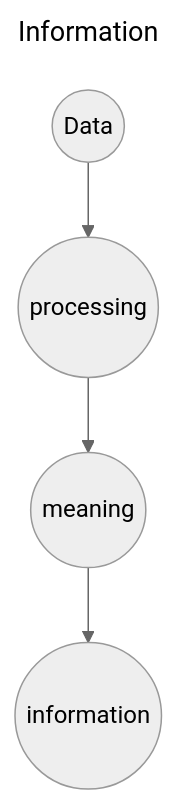
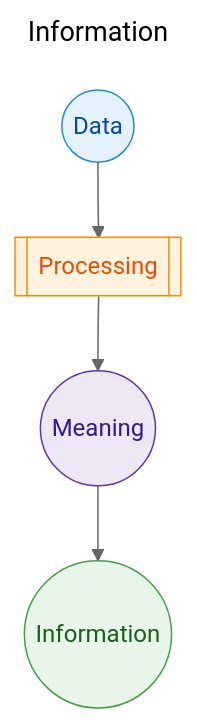
One commit to UjjwalSharma01/Core-Subjects changed the first of 2 diagrams in DBMS/Notes/01 Lec 1/Personal Notes.md. Above: the diagram before and after it, drawn with Mermaid (neutral theme). The commit also changed other lines of this file, not shown here.

````diff
--- a/DBMS/Notes/01 Lec 1/Personal Notes.md
+++ b/DBMS/Notes/01 Lec 1/Personal Notes.md
@@ -26,7 +21,17 @@
 ```mermaid
 ---
 title: Information
 ---
-flowchart TD;
-a((Data)) --> b((processing)) -->d((meaning)) --> c((information)) 
+flowchart TD
+    A((Data)) --> B[[Processing]]
+    B --> C((Meaning))
+    C --> D((Information))
+    classDef data fill:#e3f2fd,stroke:#1e88e5,color:#0d47a1
+    classDef proc fill:#fff3e0,stroke:#fb8c00,color:#e65100
+    classDef meaning fill:#ede7f6,stroke:#5e35b1,color:#311b92
+    classDef info fill:#e8f5e9,stroke:#43a047,color:#1b5e20
+    class A data
+    class B proc
+    class C meaning
+    class D info
 ```
````
